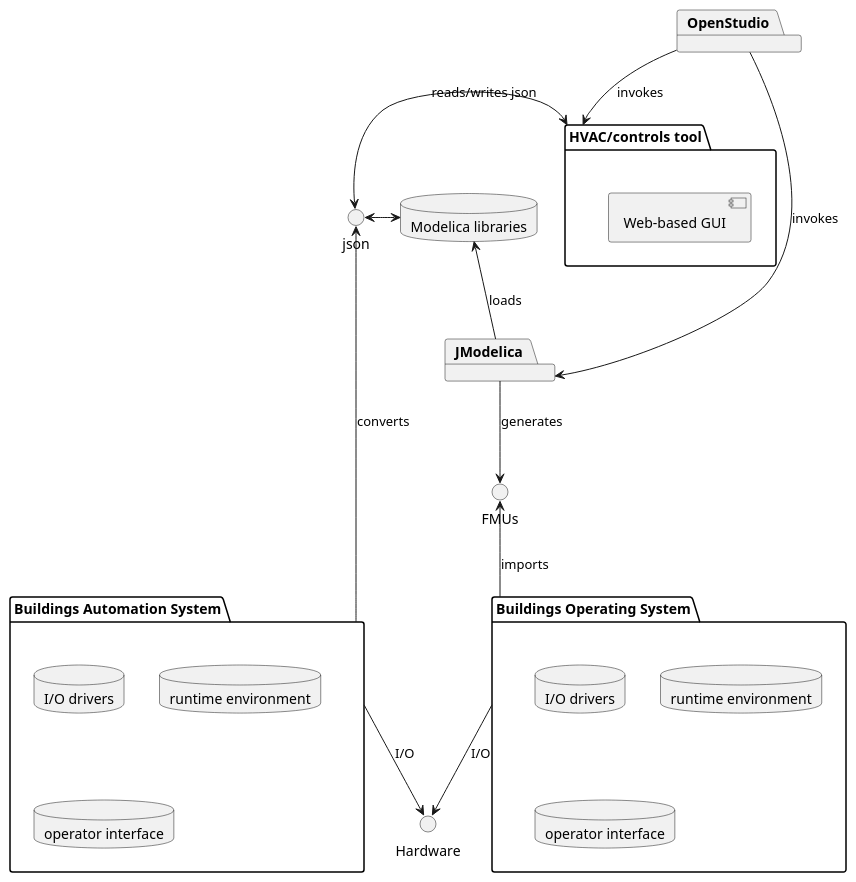
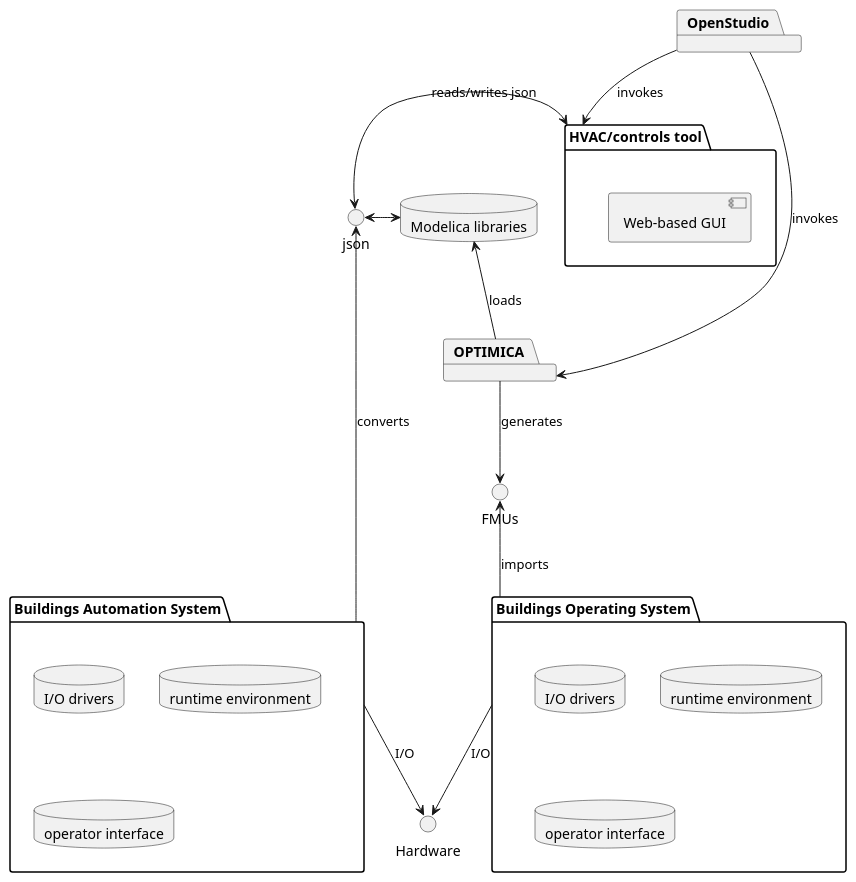
Before and after one commit to lbl-srg/obc: the second of 3 diagrams in specification/source/softwareArchitecture.rst, drawn with PlantUML. The commit also changed other lines of this file and 2 other files, not shown here.

```diff
--- a/specification/source/softwareArchitecture.rst
+++ b/specification/source/softwareArchitecture.rst
@@ -65,54 +65,54 @@
 .. uml::
    :caption: Overall software architecture of the Controls Design Tool.
    :width: 600px
 
    skinparam componentStyle uml2
 
 
    package OpenStudio {
    }
 
    package "HVAC/controls tool" as edi {
      [Web-based GUI]
    }
 
    interface json as mod_jso_par
 
    database "Modelica libraries" as mod_lib
 
    edi <-> mod_jso_par : reads/writes json
 
    mod_jso_par <-> mod_lib
 
-   package JModelica {
+   package OPTIMICA {
    }
 
    OpenStudio -d-> edi : invokes
-   OpenStudio -d-> JModelica : invokes
+   OpenStudio -d-> OPTIMICA : invokes
 
-   JModelica -u-> mod_lib: loads
+   OPTIMICA -u-> mod_lib: loads
 
    interface FMUs
 
-   JModelica -d-> FMUs : generates
+   OPTIMICA -d-> FMUs : generates
 
    package "Buildings Operating System" as BOS {
      database "I/O drivers" as dri2
      database "runtime environment" as rte2
      database "operator interface" as opi2
    }
 
    package "Buildings Automation System" as BAS {
      database "I/O drivers" as dri1
      database "runtime environment" as rte1
      database "operator interface" as opi1
    }
 
    BAS -u-> mod_jso_par : converts
 
    BOS -u-> FMUs : imports
 
    interface Hardware
 
    BOS -d-> Hardware : I/O
    BAS -d-> Hardware : I/O
```
